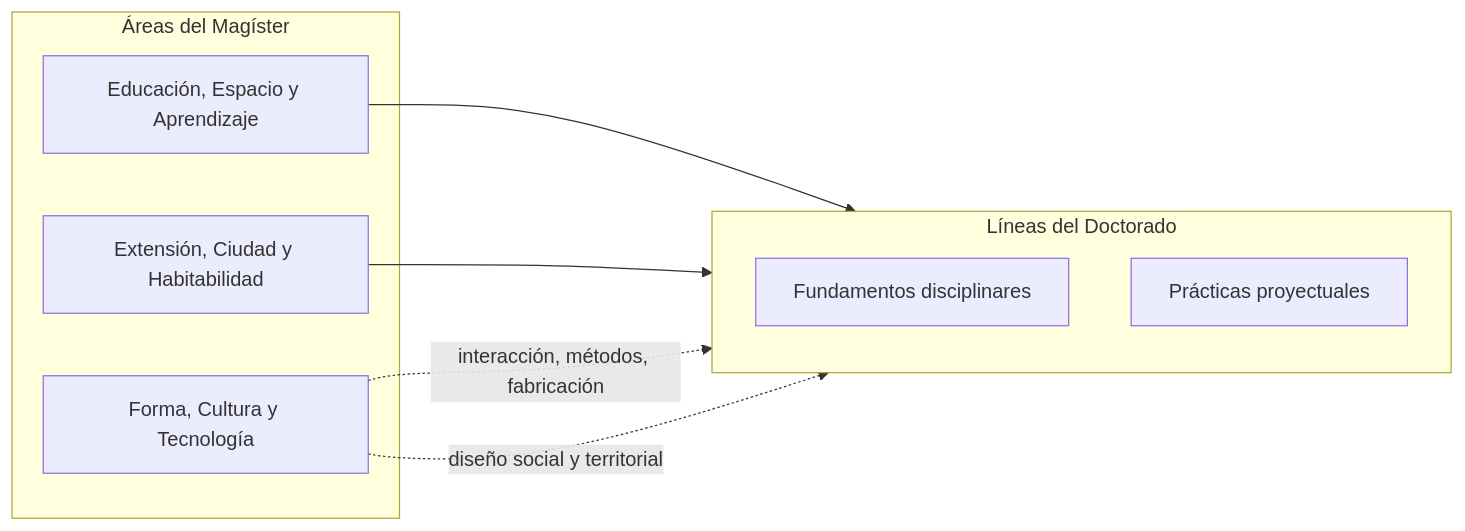
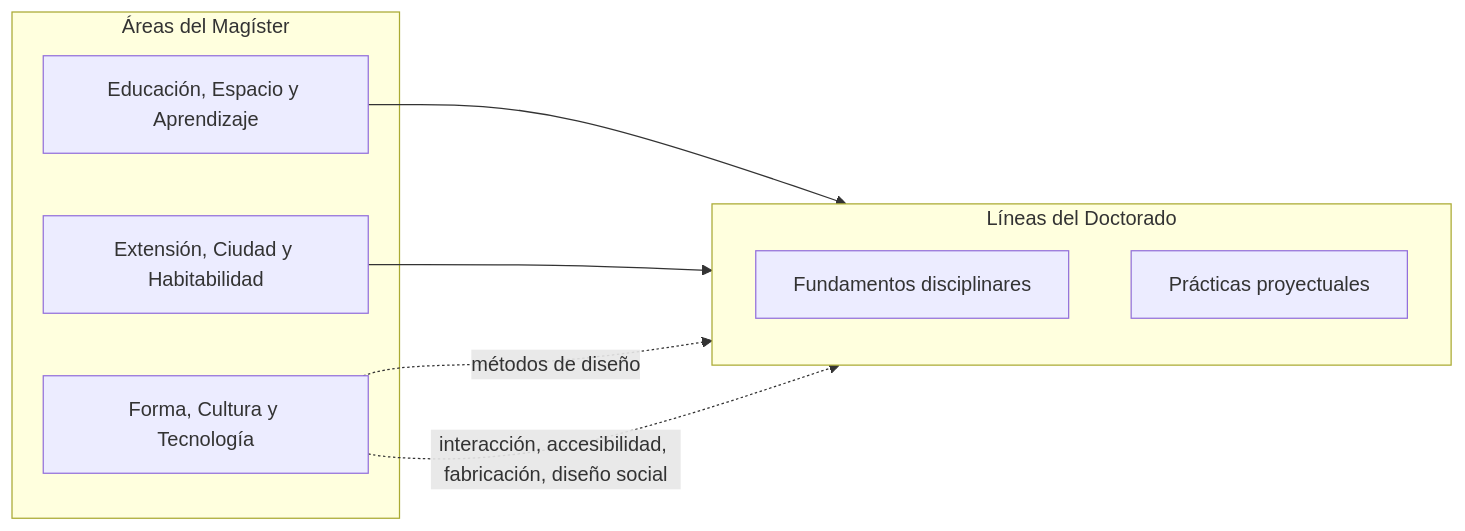
One commit to eadpucv/investigacion-ead changed the first of 3 diagrams in doctorado-programa.md. Above: the diagram before and after it, drawn with Mermaid. The commit also changed other lines of this file and 54 other files, not shown here.

````diff
--- a/doctorado-programa.md
+++ b/doctorado-programa.md
@@ -36,17 +36,17 @@
 ```mermaid
 flowchart LR
     subgraph MAG[Áreas del Magíster]
         EAA[Educación, Espacio y Aprendizaje]
         ECH[Extensión, Ciudad y Habitabilidad]
         FCT[Forma, Cultura y Tecnología]
     end
     subgraph DOC[Líneas del Doctorado]
         direction TB
         L1[Fundamentos disciplinares]
         L2[Prácticas proyectuales]
     end
     EAA --> L1
     ECH --> L2
-    FCT -. interacción, métodos, fabricación .-> L1
-    FCT -. diseño social y territorial .-> L2
+    FCT -. métodos de diseño .-> L1
+    FCT -. interacción, accesibilidad, fabricación, diseño social .-> L2
 ```
````
